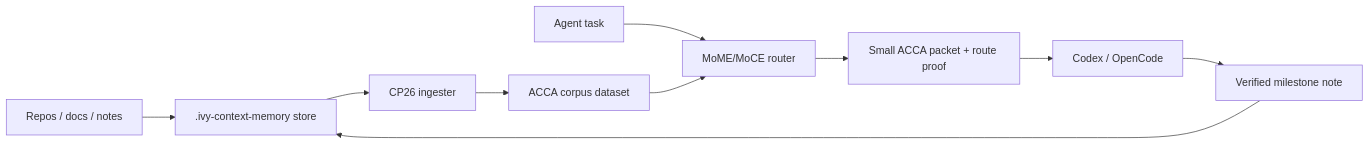
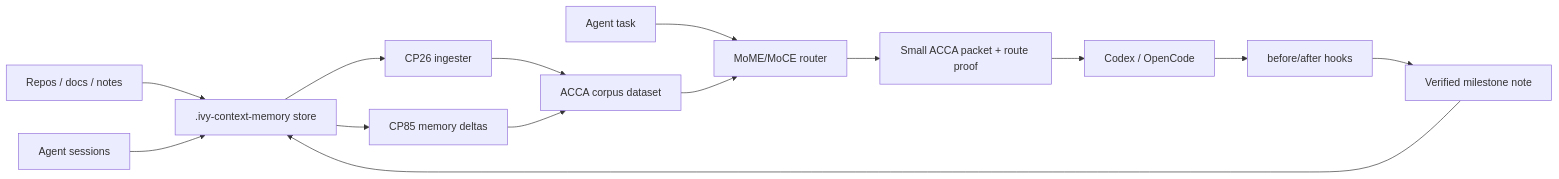
Before and after one commit to arahe-dev/ivy: the diagram in plugins/ivy-context-memory/README.md, drawn with Mermaid. The commit also changed other lines of this file and 13 other files, not shown here.

Commit message:
cp92 add agent memory lifecycle hooks

````diff
--- a/plugins/ivy-context-memory/README.md
+++ b/plugins/ivy-context-memory/README.md
@@ -7,12 +7,16 @@
 ```mermaid
 flowchart LR
   Sources["Repos / docs / notes"] --> Store[".ivy-context-memory store"]
+  Sessions["Agent sessions"] --> Store
   Store --> Ingest["CP26 ingester"]
+  Store --> Deltas["CP85 memory deltas"]
   Ingest --> Dataset["ACCA corpus dataset"]
+  Deltas --> Dataset
   Query["Agent task"] --> Router["MoME/MoCE router"]
   Dataset --> Router
   Router --> Packet["Small ACCA packet + route proof"]
   Packet --> Agent["Codex / OpenCode"]
-  Agent --> Remember["Verified milestone note"]
+  Agent --> Hooks["before/after hooks"]
+  Hooks --> Remember["Verified milestone note"]
   Remember --> Store
 ```
````
